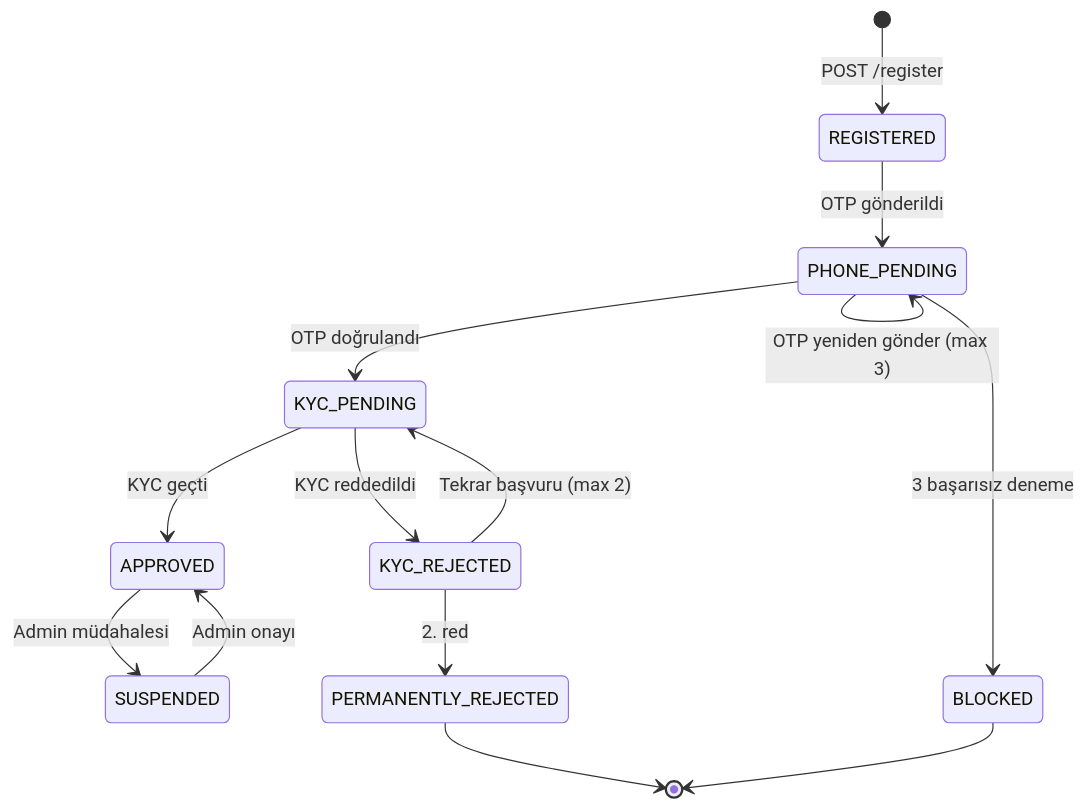
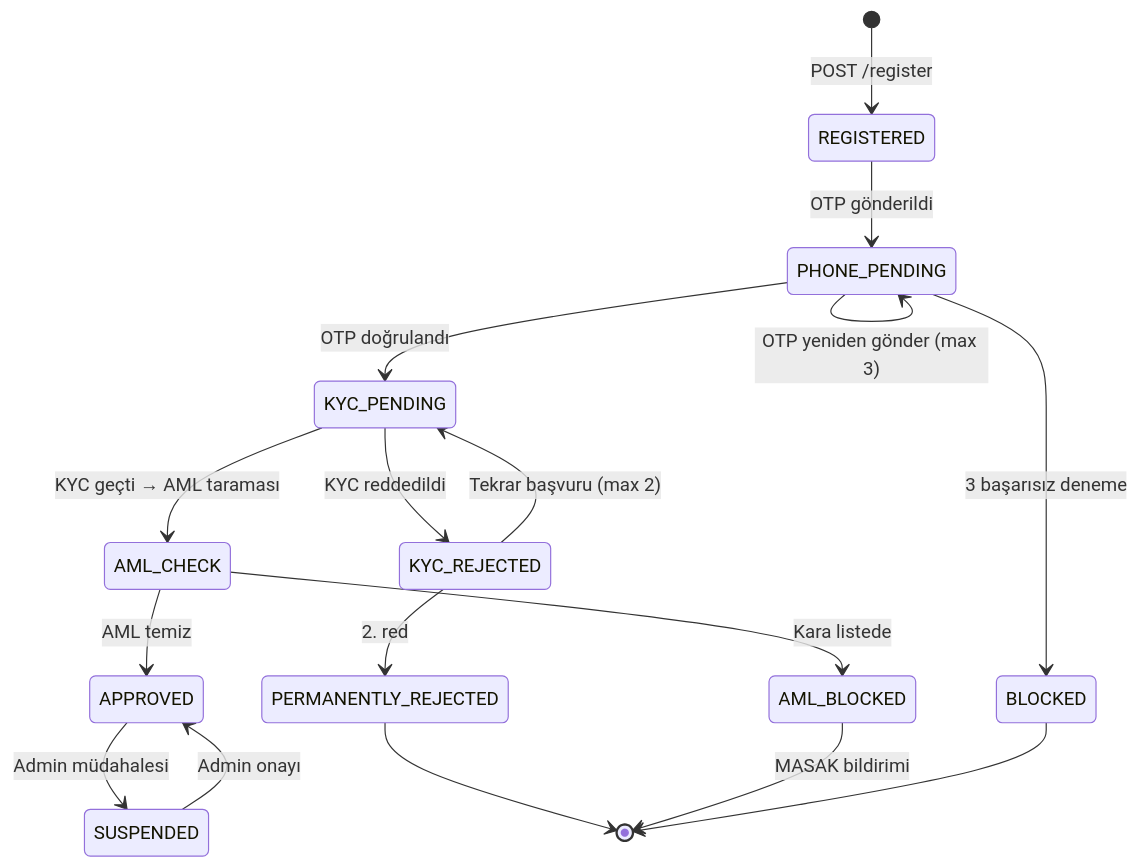
The fifth of 6 diagrams in docs/02-onboarding-service/README.md (js-lover/qr-payment-system), drawn with Mermaid before and after one commit. The commit also changed other lines of this file and 15 other files, not shown here.

````diff
--- a/docs/02-onboarding-service/README.md
+++ b/docs/02-onboarding-service/README.md
@@ -164,19 +174,23 @@
 ```mermaid
 stateDiagram-v2
     [*] --> REGISTERED : POST /register
 
     REGISTERED --> PHONE_PENDING : OTP gönderildi
     PHONE_PENDING --> KYC_PENDING : OTP doğrulandı
     PHONE_PENDING --> PHONE_PENDING : OTP yeniden gönder (max 3)
     PHONE_PENDING --> BLOCKED : 3 başarısız deneme
 
-    KYC_PENDING --> APPROVED : KYC geçti
+    KYC_PENDING --> AML_CHECK : KYC geçti → AML taraması
+    AML_CHECK --> APPROVED : AML temiz
+    AML_CHECK --> AML_BLOCKED : Kara listede
+
     KYC_PENDING --> KYC_REJECTED : KYC reddedildi
     KYC_REJECTED --> KYC_PENDING : Tekrar başvuru (max 2)
     KYC_REJECTED --> PERMANENTLY_REJECTED : 2. red
 
     APPROVED --> SUSPENDED : Admin müdahalesi
     SUSPENDED --> APPROVED : Admin onayı
     PERMANENTLY_REJECTED --> [*]
+    AML_BLOCKED --> [*] : MASAK bildirimi
     BLOCKED --> [*]
 ```
````
